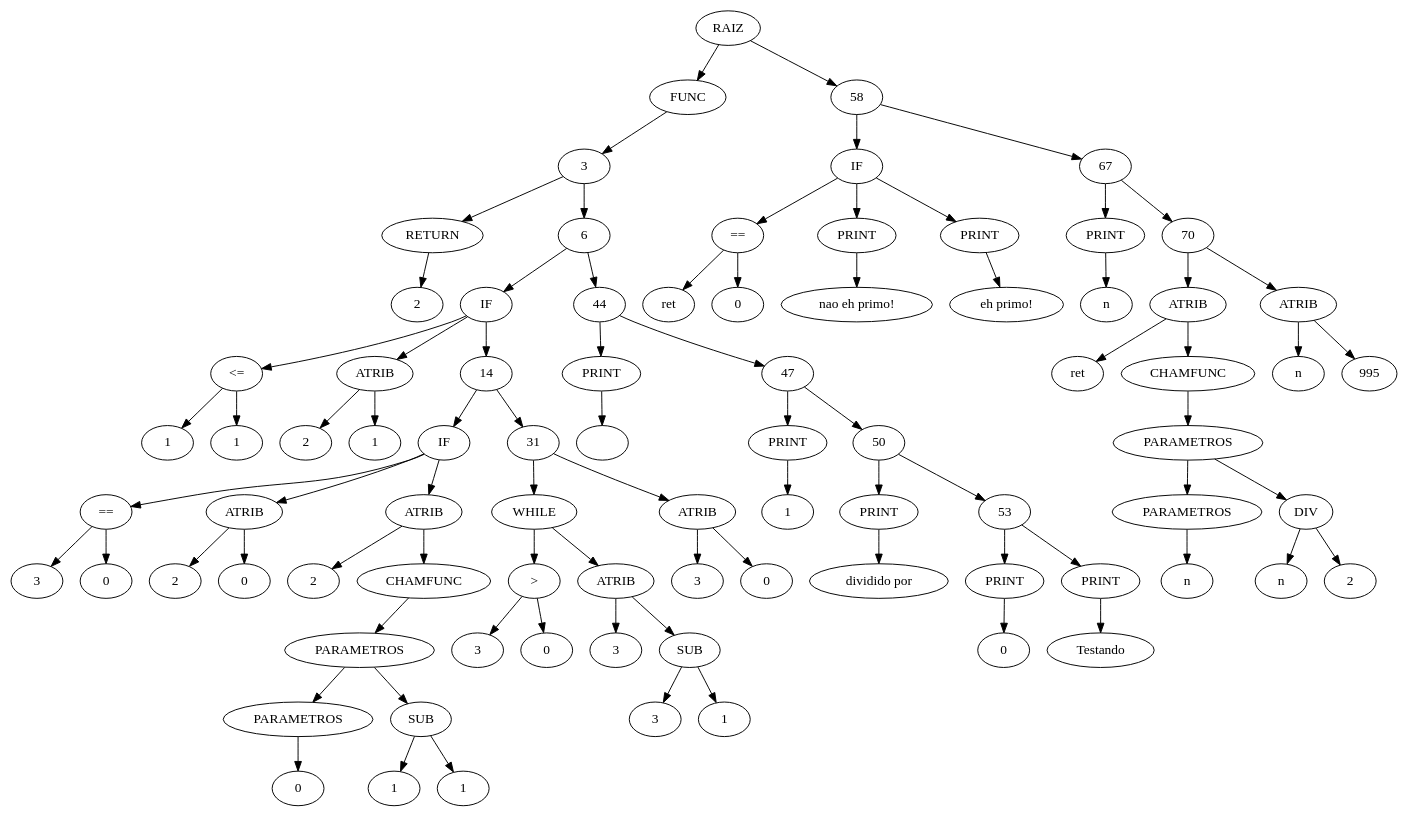
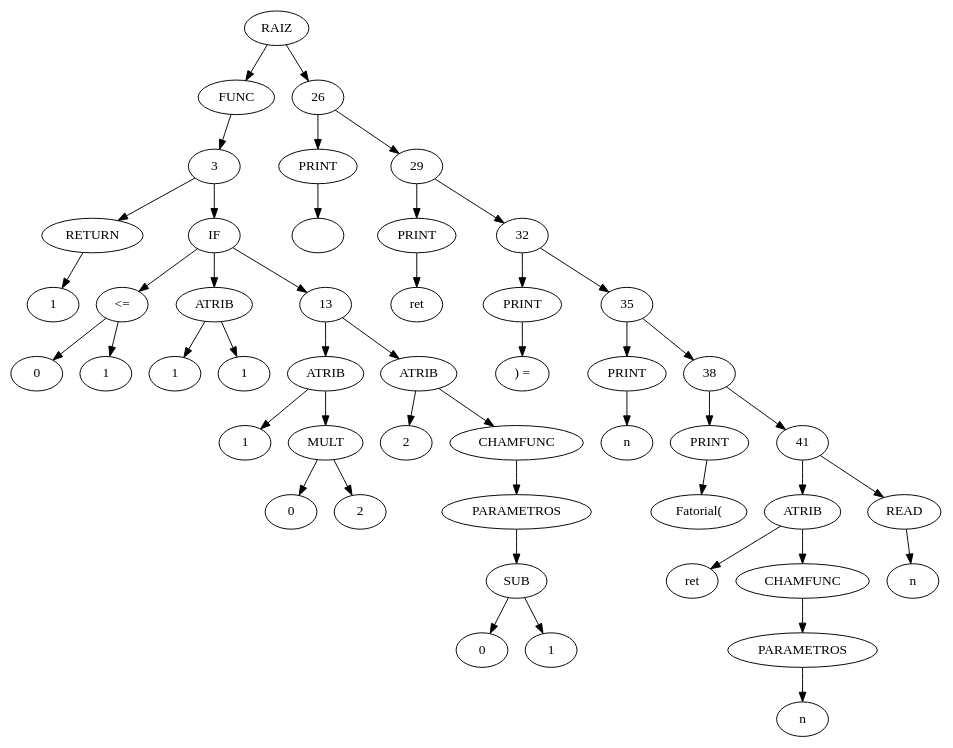
Before and after one commit to Kanchii/COM: the diagram in graph.dot, drawn with Graphviz. The commit also changed 11 other files, not shown here.

```diff
--- a/graph.dot
+++ b/graph.dot
@@ -1,154 +1,89 @@
 digraph G {
 	1 [label = "RAIZ"];
 	2 [label = "FUNC"];
 	4 [label = "RETURN"];
-	5 [label = "2"];
-	7 [label = "IF"];
-	8 [label = "<="];
+	5 [label = "1"];
+	6 [label = "IF"];
+	7 [label = "<="];
+	8 [label = "0"];
 	9 [label = "1"];
-	10 [label = "1"];
-	11 [label = "ATRIB"];
-	12 [label = "2"];
-	13 [label = "1"];
-	15 [label = "IF"];
-	16 [label = "=="];
-	17 [label = "3"];
-	18 [label = "0"];
+	10 [label = "ATRIB"];
+	11 [label = "1"];
+	12 [label = "1"];
+	14 [label = "ATRIB"];
+	15 [label = "1"];
+	16 [label = "MULT"];
+	17 [label = "0"];
+	18 [label = "2"];
 	19 [label = "ATRIB"];
 	20 [label = "2"];
-	21 [label = "0"];
-	22 [label = "ATRIB"];
-	23 [label = "2"];
-	24 [label = "CHAMFUNC"];
-	25 [label = "PARAMETROS"];
-	26 [label = "PARAMETROS"];
-	27 [label = "0"];
-	28 [label = "SUB"];
-	29 [label = "1"];
-	30 [label = "1"];
-	32 [label = "WHILE"];
-	33 [label = ">"];
-	34 [label = "3"];
-	35 [label = "0"];
-	36 [label = "ATRIB"];
-	37 [label = "3"];
-	38 [label = "SUB"];
-	39 [label = "3"];
-	40 [label = "1"];
-	41 [label = "ATRIB"];
-	42 [label = "3"];
-	43 [label = "0"];
-	45 [label = "PRINT"];
-	46 [label = "\n"];
-	48 [label = "PRINT"];
-	49 [label = "1"];
-	51 [label = "PRINT"];
-	52 [label = " dividido por "];
-	54 [label = "PRINT"];
-	55 [label = "0"];
-	56 [label = "PRINT"];
-	57 [label = "Testando "];
-	59 [label = "IF"];
-	60 [label = "=="];
-	61 [label = "ret"];
-	62 [label = "0"];
-	63 [label = "PRINT"];
-	64 [label = " nao eh primo!\n"];
-	65 [label = "PRINT"];
-	66 [label = " eh primo!\n"];
-	68 [label = "PRINT"];
-	69 [label = "n"];
-	71 [label = "ATRIB"];
-	72 [label = "ret"];
-	73 [label = "CHAMFUNC"];
-	74 [label = "PARAMETROS"];
-	75 [label = "PARAMETROS"];
-	76 [label = "n"];
-	77 [label = "DIV"];
-	78 [label = "n"];
-	79 [label = "2"];
-	80 [label = "ATRIB"];
-	81 [label = "n"];
-	82 [label = "995"];
+	21 [label = "CHAMFUNC"];
+	22 [label = "PARAMETROS"];
+	23 [label = "SUB"];
+	24 [label = "0"];
+	25 [label = "1"];
+	27 [label = "PRINT"];
+	28 [label = "\n"];
+	30 [label = "PRINT"];
+	31 [label = "ret"];
+	33 [label = "PRINT"];
+	34 [label = ") = "];
+	36 [label = "PRINT"];
+	37 [label = "n"];
+	39 [label = "PRINT"];
+	40 [label = "Fatorial("];
+	42 [label = "ATRIB"];
+	43 [label = "ret"];
+	44 [label = "CHAMFUNC"];
+	45 [label = "PARAMETROS"];
+	46 [label = "n"];
+	47 [label = "READ"];
+	48 [label = "n"];
 	1 -> 2;
 	2 -> 3;
 	3 -> 4;
 	4 -> 5;
 	3 -> 6;
 	6 -> 7;
 	7 -> 8;
-	8 -> 9;
-	8 -> 10;
-	7 -> 11;
-	11 -> 12;
-	11 -> 13;
-	7 -> 14;
+	7 -> 9;
+	6 -> 10;
+	10 -> 11;
+	10 -> 12;
+	6 -> 13;
+	13 -> 14;
 	14 -> 15;
-	15 -> 16;
+	14 -> 16;
 	16 -> 17;
 	16 -> 18;
-	15 -> 19;
+	13 -> 19;
 	19 -> 20;
 	19 -> 21;
-	15 -> 22;
+	21 -> 22;
 	22 -> 23;
-	22 -> 24;
-	24 -> 25;
-	25 -> 26;
+	23 -> 24;
+	23 -> 25;
+	1 -> 26;
 	26 -> 27;
-	25 -> 28;
-	28 -> 29;
-	28 -> 30;
-	14 -> 31;
-	31 -> 32;
+	27 -> 28;
+	26 -> 29;
+	29 -> 30;
+	30 -> 31;
+	29 -> 32;
 	32 -> 33;
 	33 -> 34;
-	33 -> 35;
-	32 -> 36;
+	32 -> 35;
+	35 -> 36;
 	36 -> 37;
-	36 -> 38;
+	35 -> 38;
 	38 -> 39;
-	38 -> 40;
-	31 -> 41;
+	39 -> 40;
+	38 -> 41;
 	41 -> 42;
-	41 -> 43;
-	6 -> 44;
+	42 -> 43;
+	42 -> 44;
 	44 -> 45;
 	45 -> 46;
-	44 -> 47;
+	41 -> 47;
 	47 -> 48;
-	48 -> 49;
-	47 -> 50;
-	50 -> 51;
-	51 -> 52;
-	50 -> 53;
-	53 -> 54;
-	54 -> 55;
-	53 -> 56;
-	56 -> 57;
-	1 -> 58;
-	58 -> 59;
-	59 -> 60;
-	60 -> 61;
-	60 -> 62;
-	59 -> 63;
-	63 -> 64;
-	59 -> 65;
-	65 -> 66;
-	58 -> 67;
-	67 -> 68;
-	68 -> 69;
-	67 -> 70;
-	70 -> 71;
-	71 -> 72;
-	71 -> 73;
-	73 -> 74;
-	74 -> 75;
-	75 -> 76;
-	74 -> 77;
-	77 -> 78;
-	77 -> 79;
-	70 -> 80;
-	80 -> 81;
-	80 -> 82;
 }
```
